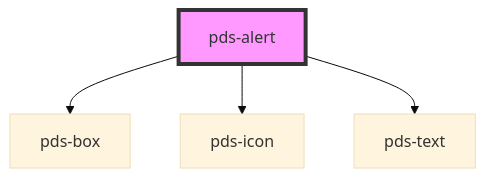
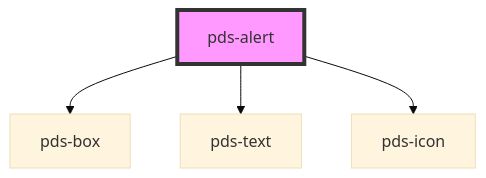
The diagram in libs/core/src/components/pds-alert/readme.md (Kajabi/pine), drawn with Mermaid (base theme) before and after one commit. The commit also changed other lines of this file and 1 other file, not shown here.

Commit message:
refactor(pds-alert): simplify rendering logic for content and actions

````diff
--- a/libs/core/src/components/pds-alert/readme.md
+++ b/libs/core/src/components/pds-alert/readme.md
@@ -43,7 +43,7 @@
 ```mermaid
 graph TD;
   pds-alert --> pds-box
+  pds-alert --> pds-text
   pds-alert --> pds-icon
-  pds-alert --> pds-text
   style pds-alert fill:#f9f,stroke:#333,stroke-width:4px
 ```
````
